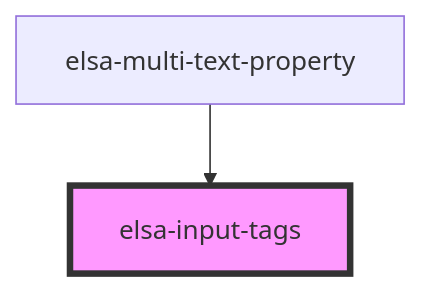
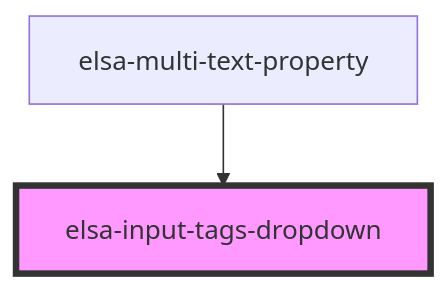
One commit to elsa-workflows/elsa-core changed the diagram in src/designer/elsa-workflows-studio/src/components/controls/elsa-input-tags/readme.md. Above: the diagram before and after it, drawn with Mermaid. The commit also changed other lines of this file and 22 other files, not shown here.

````diff
--- a/src/designer/elsa-workflows-studio/src/components/controls/elsa-input-tags/readme.md
+++ b/src/designer/elsa-workflows-studio/src/components/controls/elsa-input-tags/readme.md
@@ -32,5 +33,5 @@
 ```mermaid
 graph TD;
-  elsa-multi-text-property --> elsa-input-tags
-  style elsa-input-tags fill:#f9f,stroke:#333,stroke-width:4px
+  elsa-multi-text-property --> elsa-input-tags-dropdown
+  style elsa-input-tags-dropdown fill:#f9f,stroke:#333,stroke-width:4px
 ```
````
